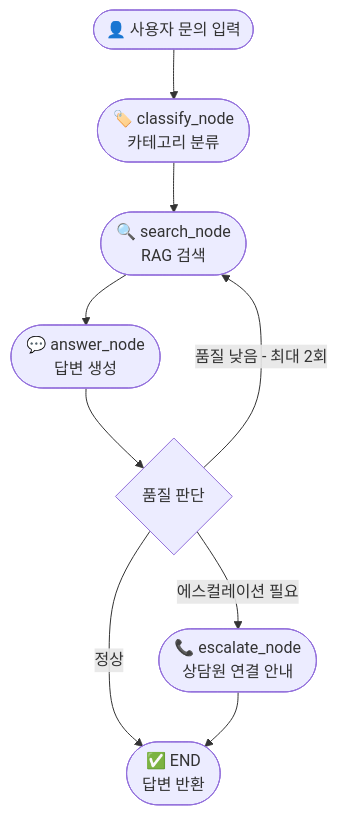
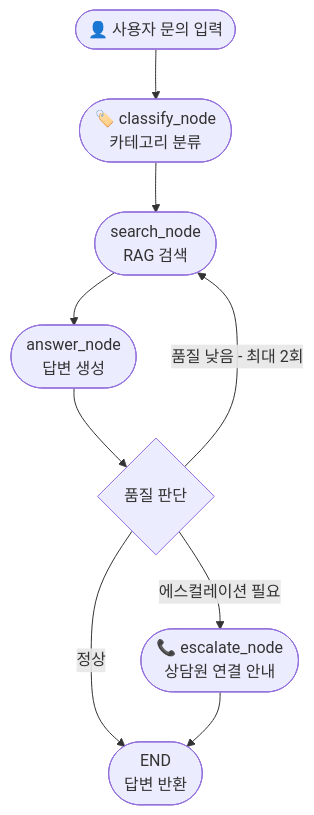
The second of 2 diagrams in README.md (seunghun92-lab/CS-automation-agent), drawn with Mermaid before and after one commit. The commit also changed other lines of this file and 4 other files, not shown here.

````diff
--- a/README.md
+++ b/README.md
@@ -103,11 +105,11 @@
 ```mermaid
 flowchart TD
     A(["👤 사용자 문의 입력"]) --> B(["🏷️ classify_node\n카테고리 분류"])
-    B --> C(["🔍 search_node\nRAG 검색"])
-    C --> D(["💬 answer_node\n답변 생성"])
+    B --> C(["search_node\nRAG 검색"])
+    C --> D(["answer_node\n답변 생성"])
     D --> E{"품질 판단"}
     E -->|"품질 낮음 - 최대 2회"| C
     E -->|"에스컬레이션 필요"| F(["📞 escalate_node\n상담원 연결 안내"])
-    E -->|"정상"| G(["✅ END\n답변 반환"])
+    E -->|"정상"| G(["END\n답변 반환"])
     F --> G
 ```
````
